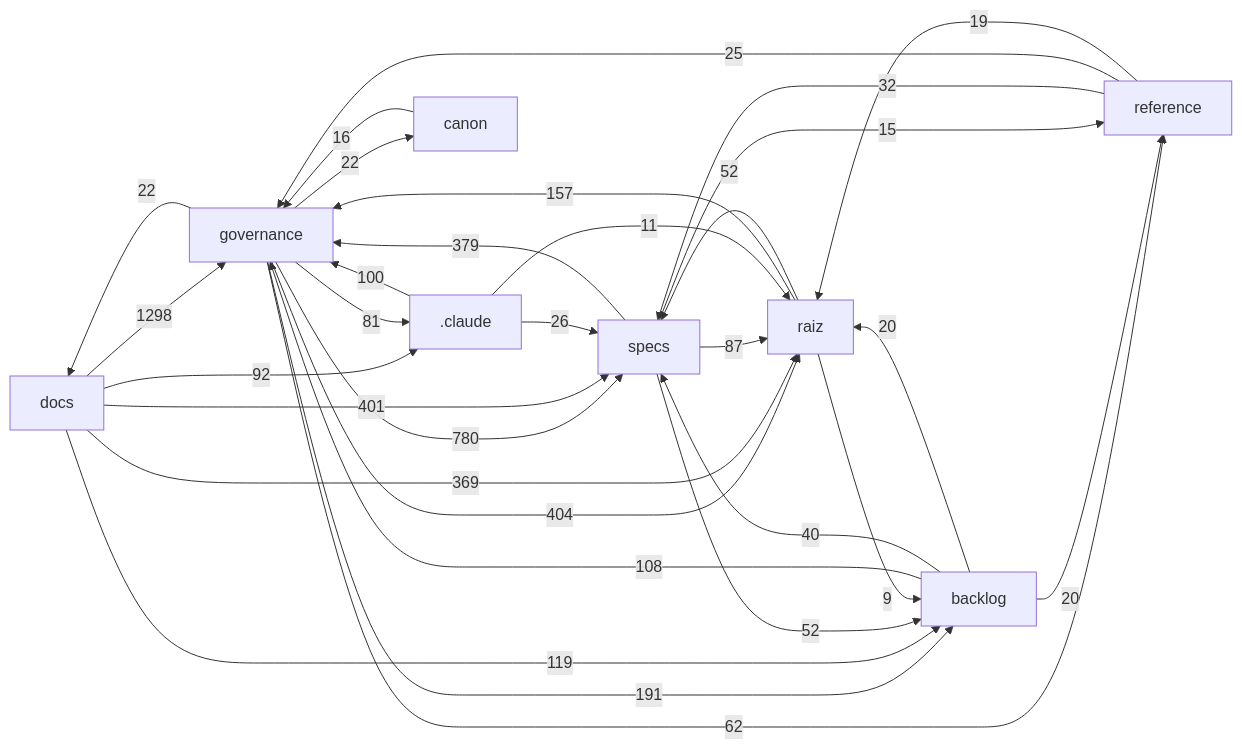
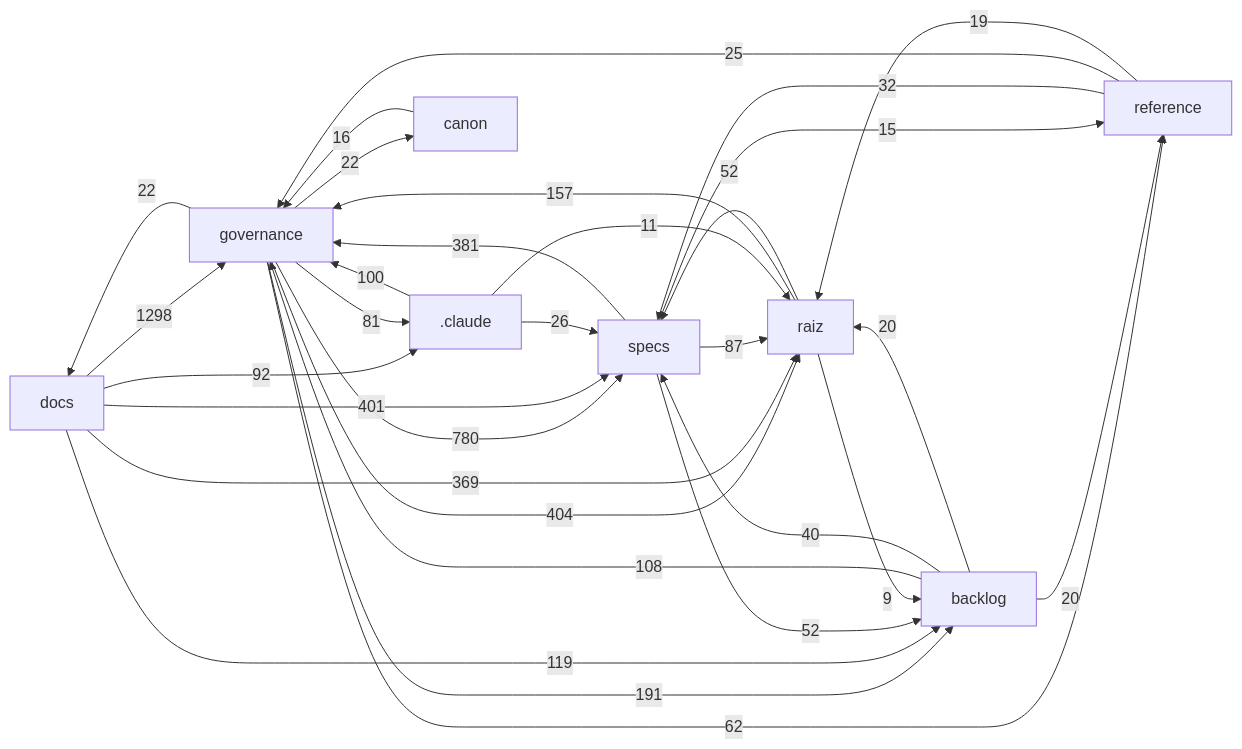
Before and after one commit to Andraus35/Sistema-Operacional-de-Trading--SOT: the diagram in docs/mapa/MAPA-PROJETO.md, drawn with Mermaid. The commit also changed other lines of this file and 3 other files, not shown here.

````diff
--- a/docs/mapa/MAPA-PROJETO.md
+++ b/docs/mapa/MAPA-PROJETO.md
@@ -29,33 +29,33 @@
 ```mermaid
 flowchart LR
   docs["docs"] -->|1298| governance["governance"]
   governance["governance"] -->|780| specs["specs"]
   governance["governance"] -->|404| raiz["raiz"]
   docs["docs"] -->|401| specs["specs"]
-  specs["specs"] -->|379| governance["governance"]
+  specs["specs"] -->|381| governance["governance"]
   docs["docs"] -->|369| raiz["raiz"]
   governance["governance"] -->|191| backlog["backlog"]
   raiz["raiz"] -->|157| governance["governance"]
   docs["docs"] -->|119| backlog["backlog"]
   backlog["backlog"] -->|108| governance["governance"]
   _claude[".claude"] -->|100| governance["governance"]
   docs["docs"] -->|92| _claude[".claude"]
   specs["specs"] -->|87| raiz["raiz"]
   governance["governance"] -->|81| _claude[".claude"]
   governance["governance"] -->|62| reference["reference"]
   raiz["raiz"] -->|52| specs["specs"]
   specs["specs"] -->|52| backlog["backlog"]
   backlog["backlog"] -->|40| specs["specs"]
   reference["reference"] -->|32| specs["specs"]
   _claude[".claude"] -->|26| specs["specs"]
   reference["reference"] -->|25| governance["governance"]
   governance["governance"] -->|22| docs["docs"]
   governance["governance"] -->|22| canon["canon"]
   backlog["backlog"] -->|20| raiz["raiz"]
   backlog["backlog"] -->|20| reference["reference"]
   reference["reference"] -->|19| raiz["raiz"]
   canon["canon"] -->|16| governance["governance"]
   specs["specs"] -->|15| reference["reference"]
   _claude[".claude"] -->|11| raiz["raiz"]
   raiz["raiz"] -->|9| backlog["backlog"]
 ```
````
